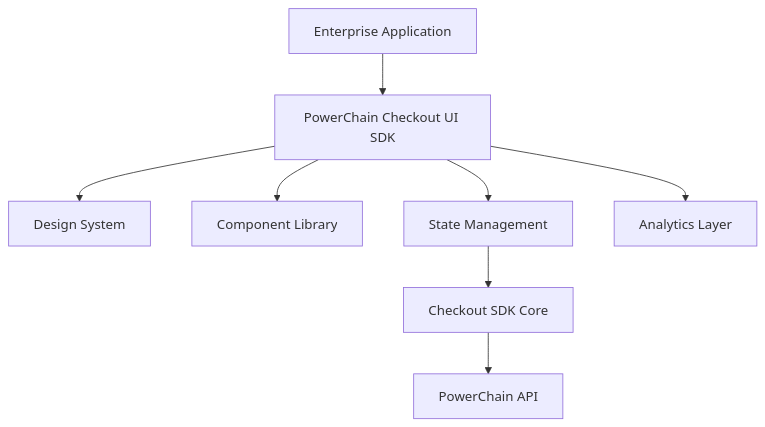
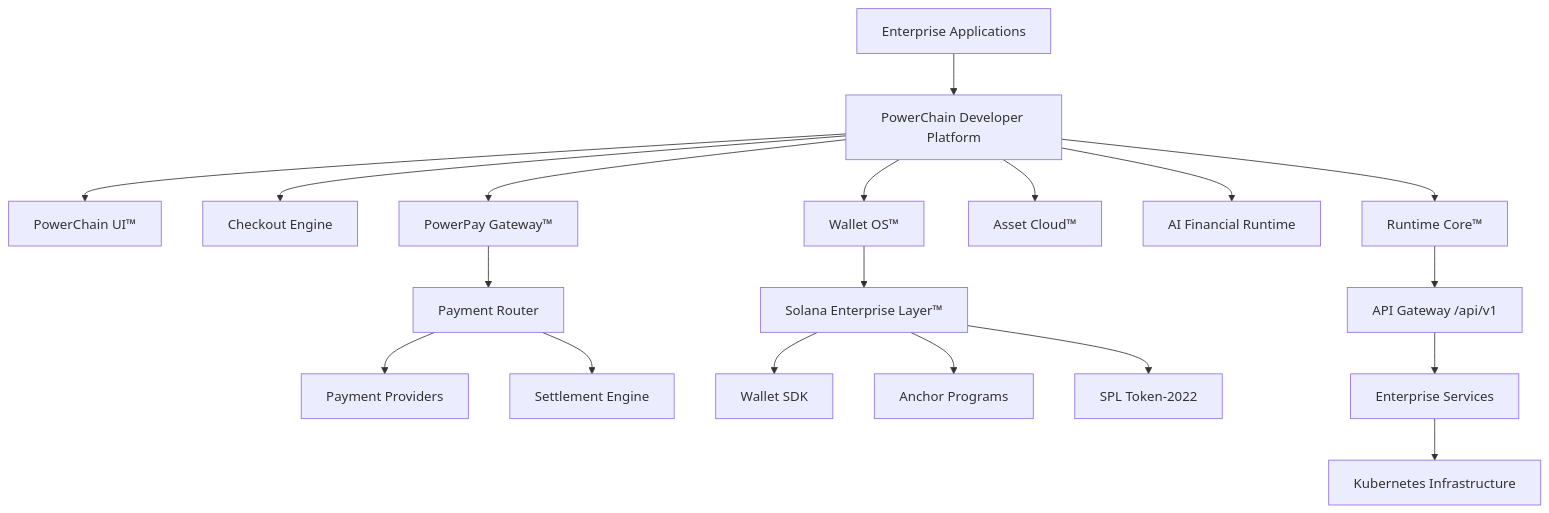
The diagram in packages/sdk/checkout/README.md (powerchain-protocol/checkout-sdk), drawn with Mermaid before and after one commit. The commit also changed other lines of this file, not shown here.

`````diff
--- a/packages/sdk/checkout/README.md
+++ b/packages/sdk/checkout/README.md
@@ -108,34 +83,32 @@
 ```mermaid
-flowchart TB
+flowchart TD
 
-APP[Enterprise Application]
+A[Enterprise Applications]
 
-UI[PowerChain Checkout UI SDK]
+A --> B[PowerChain Developer Platform]
 
-DESIGN[Design System]
+B --> C[PowerChain UI™]
+B --> D[Checkout Engine]
+B --> E[PowerPay Gateway™]
+B --> F[Wallet OS™]
+B --> G[Asset Cloud™]
+B --> H[AI Financial Runtime]
 
-COMPONENTS[Component Library]
+E --> I[Payment Router]
+I --> J[Payment Providers]
+I --> K[Settlement Engine]
 
-STATE[State Management]
+F --> L[Solana Enterprise Layer™]
 
-ANALYTICS[Analytics Layer]
+L --> M[Wallet SDK]
+L --> N[Anchor Programs]
+L --> O[SPL Token-2022]
 
-SDK[Checkout SDK Core]
+B --> P[Runtime Core™]
 
-API[PowerChain API]
+P --> Q[API Gateway /api/v1]
 
+Q --> R[Enterprise Services]
 
-APP --> UI
-
-UI --> DESIGN
-
-UI --> COMPONENTS
-
-UI --> STATE
-
-UI --> ANALYTICS
-
-STATE --> SDK
-
-SDK --> API
-```
+R --> S[Kubernetes Infrastructure]
+````
`````
